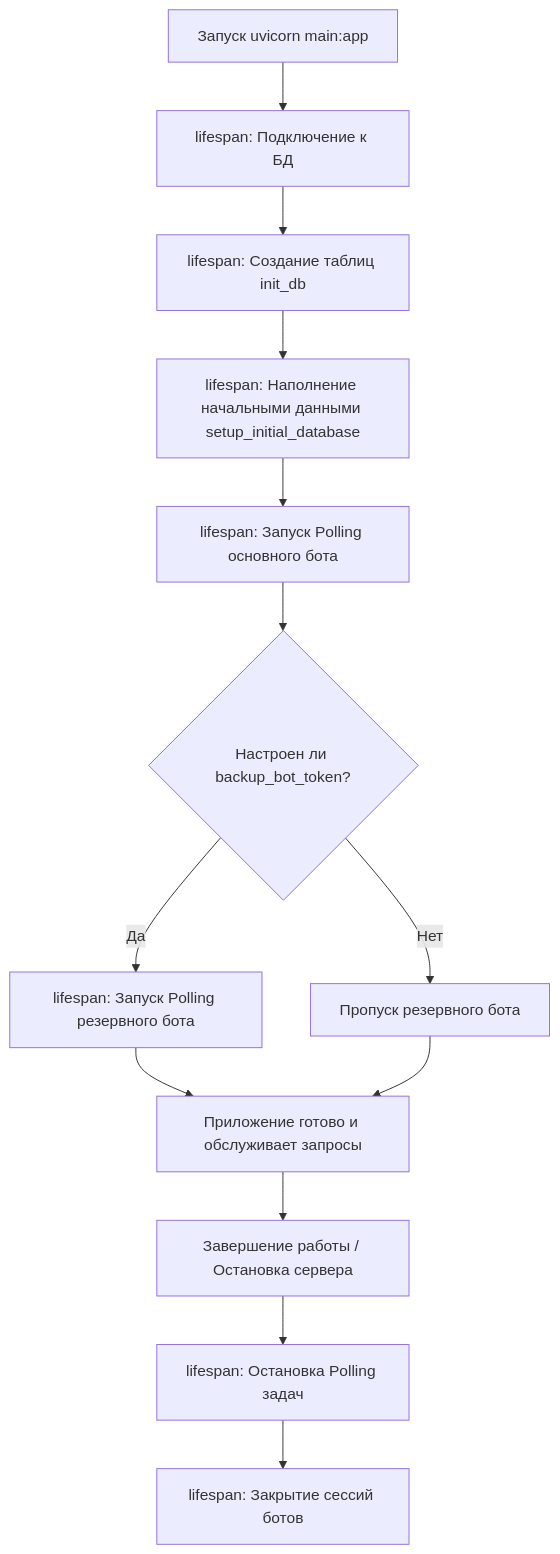
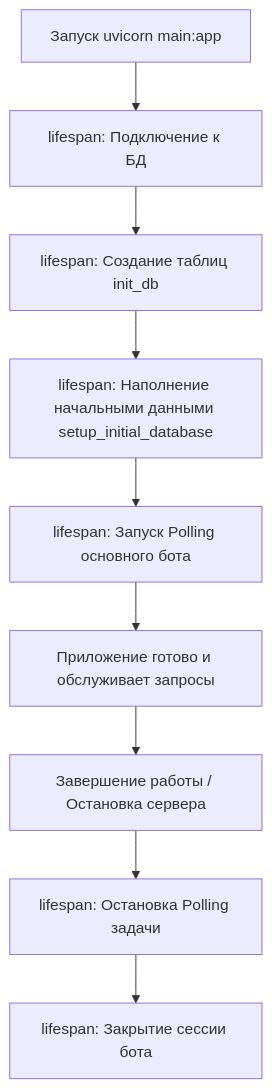
Before and after one commit to Detroth/Vape-shop-bot: the diagram in BOT_ARCHITECTURE_RU.md, drawn with Mermaid. The commit also changed other lines of this file and 4 other files, not shown here.

````diff
--- a/BOT_ARCHITECTURE_RU.md
+++ b/BOT_ARCHITECTURE_RU.md
@@ -13,15 +13,11 @@
 ```mermaid
 graph TD
     A[Запуск uvicorn main:app] --> B[lifespan: Подключение к БД]
     B --> C[lifespan: Создание таблиц init_db]
     C --> D[lifespan: Наполнение начальными данными setup_initial_database]
     D --> E[lifespan: Запуск Polling основного бота]
-    E --> F{Настроен ли backup_bot_token?}
-    F -- Да --> G[lifespan: Запуск Polling резервного бота]
-    F -- Нет --> H[Пропуск резервного бота]
-    G --> I[Приложение готово и обслуживает запросы]
-    H --> I
-    I --> J[Завершение работы / Остановка сервера]
-    J --> K[lifespan: Остановка Polling задач]
-    K --> L[lifespan: Закрытие сессий ботов]
+    E --> F[Приложение готово и обслуживает запросы]
+    F --> G[Завершение работы / Остановка сервера]
+    G --> H[lifespan: Остановка Polling задачи]
+    H --> I[lifespan: Закрытие сессии бота]
 ```
````
